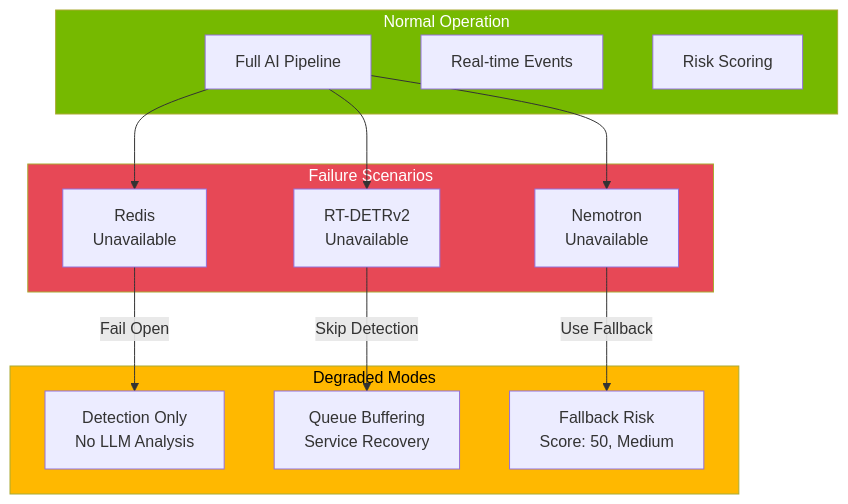
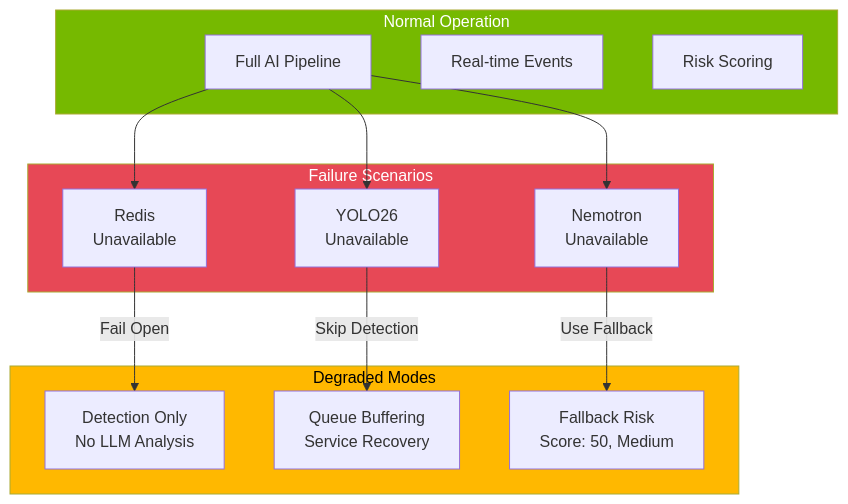
Before and after one commit to mikesvoboda/nemotron-v3-home-security-intelligence: the seventh of 15 diagrams in docs/architecture/resilience.md, drawn with Mermaid. The commit also changed other lines of this file and 474 other files, not shown here.

````diff
--- a/docs/architecture/resilience.md
+++ b/docs/architecture/resilience.md
@@ -587,32 +587,32 @@
 ```mermaid
 flowchart TB
     subgraph Normal["Normal Operation"]
         N1[Full AI Pipeline]
         N2[Real-time Events]
         N3[Risk Scoring]
     end
 
     subgraph Degraded["Degraded Modes"]
         D1[Detection Only<br/>No LLM Analysis]
         D2[Queue Buffering<br/>Service Recovery]
         D3[Fallback Risk<br/>Score: 50, Medium]
     end
 
     subgraph Failed["Failure Scenarios"]
-        F1[RT-DETRv2<br/>Unavailable]
+        F1[YOLO26<br/>Unavailable]
         F2[Nemotron<br/>Unavailable]
         F3[Redis<br/>Unavailable]
     end
 
     F1 -->|Skip Detection| D2
     F2 -->|Use Fallback| D3
     F3 -->|Fail Open| D1
 
     N1 --> F1
     N1 --> F2
     N1 --> F3
 
     style Normal fill:#76B900,color:#fff
     style Degraded fill:#FFB800,color:#000
     style Failed fill:#E74856,color:#fff
 ```
````
